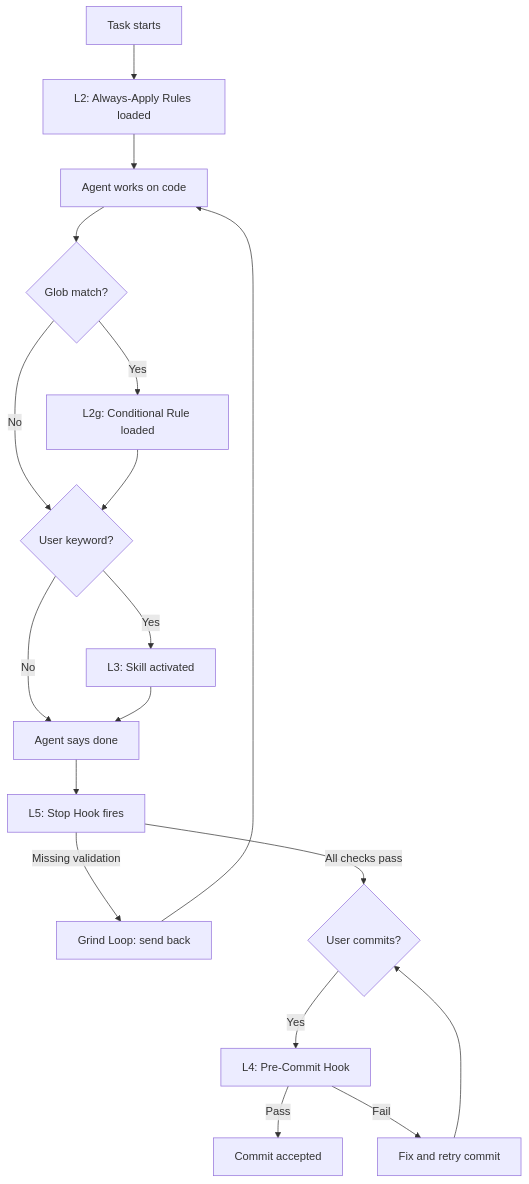
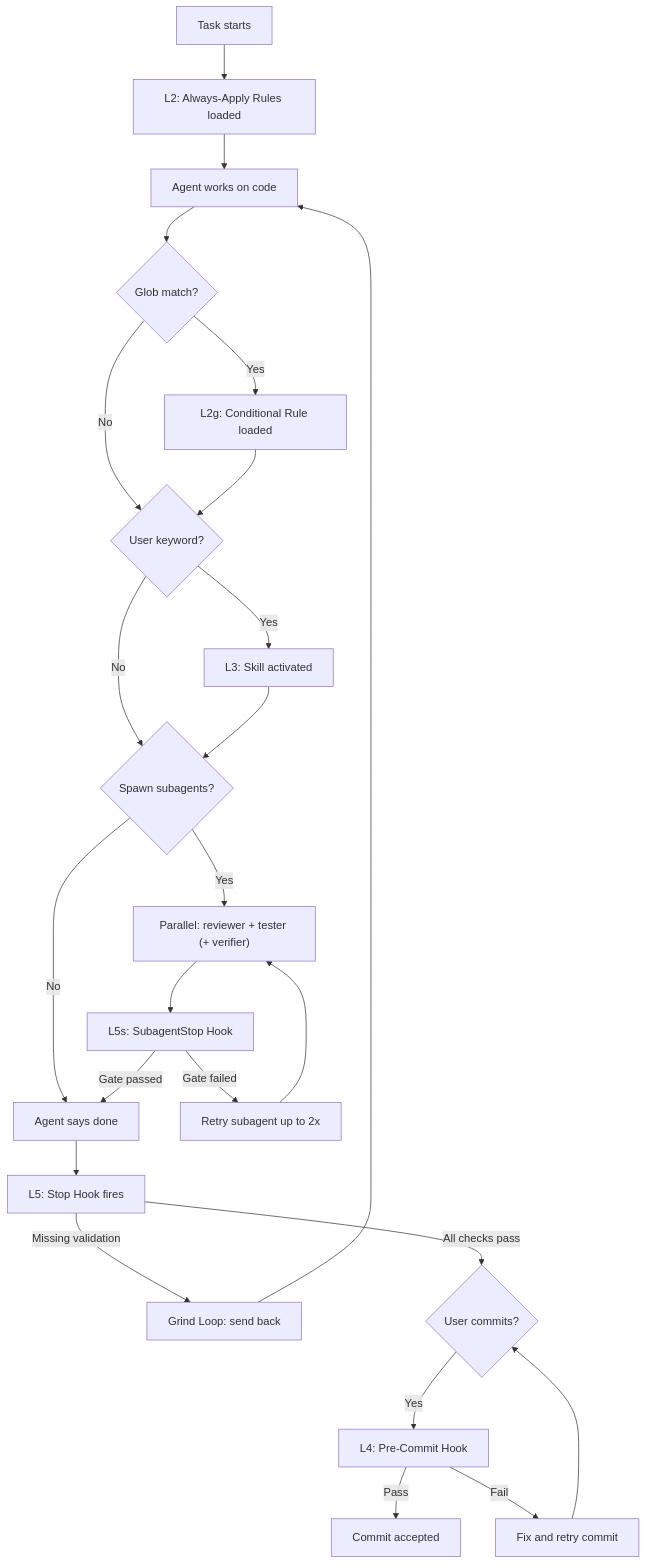
Before and after one commit to Jose-Luis-Nunez/FitnessApp: the diagram in .cursor/references/agent-system-overview.md, drawn with Mermaid. The commit also changed other lines of this file and 15 other files, not shown here.

Commit message:
update agents architecture

````diff
--- a/.cursor/references/agent-system-overview.md
+++ b/.cursor/references/agent-system-overview.md
@@ -21,20 +22,26 @@
 ```mermaid
 flowchart TD
     Start[Task starts] --> L2Rules[L2: Always-Apply Rules loaded]
     L2Rules --> Work[Agent works on code]
     Work --> L2gRules{Glob match?}
     L2gRules -->|Yes| GlobRule[L2g: Conditional Rule loaded]
     L2gRules -->|No| SkillCheck
     GlobRule --> SkillCheck{User keyword?}
     SkillCheck -->|Yes| L3Skill[L3: Skill activated]
-    SkillCheck -->|No| Done
-    L3Skill --> Done[Agent says done]
+    SkillCheck -->|No| SpawnSubs
+    L3Skill --> SpawnSubs{Spawn subagents?}
+    SpawnSubs -->|Yes| Subagents["Parallel: reviewer + tester (+ verifier)"]
+    SpawnSubs -->|No| Done
+    Subagents --> L5sHook[L5s: SubagentStop Hook]
+    L5sHook -->|Gate failed| RetrySubagent[Retry subagent up to 2x]
+    L5sHook -->|Gate passed| Done[Agent says done]
+    RetrySubagent --> Subagents
     Done --> L5Hook[L5: Stop Hook fires]
     L5Hook -->|Missing validation| GrindLoop[Grind Loop: send back]
     L5Hook -->|All checks pass| Commit{User commits?}
     GrindLoop --> Work
     Commit -->|Yes| L4Hook[L4: Pre-Commit Hook]
     L4Hook -->|Pass| Merged[Commit accepted]
     L4Hook -->|Fail| FixAndRetry[Fix and retry commit]
     FixAndRetry --> Commit
 ```
````
